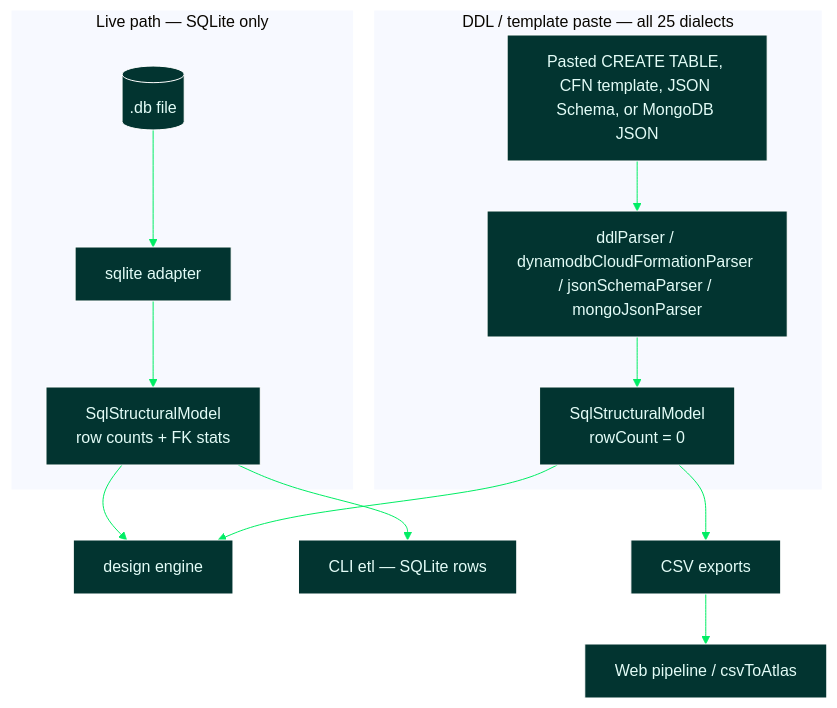
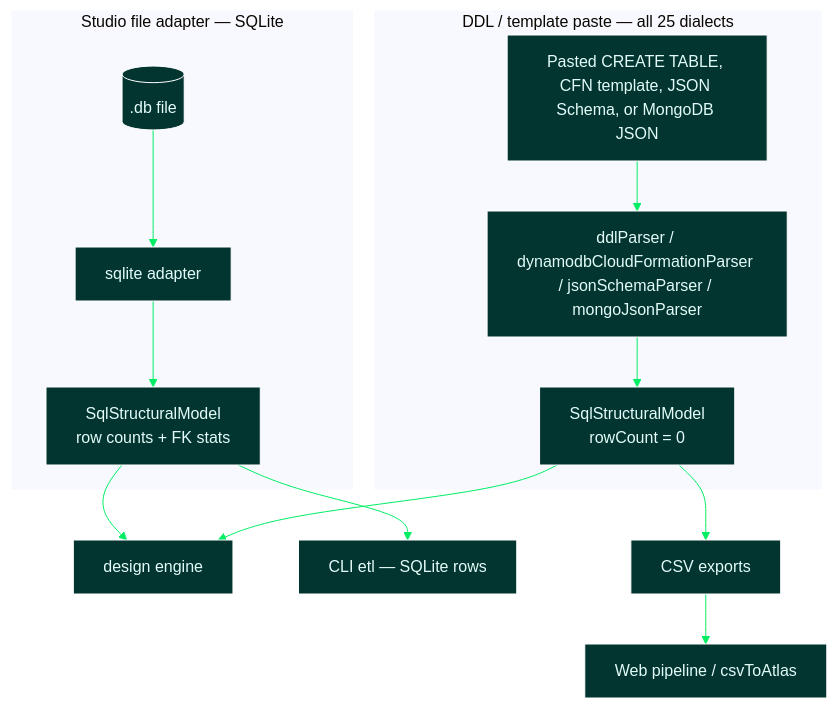
The diagram in docs/18-sql-dialects.md (7erry/hvyMETL), drawn with Mermaid before and after one commit. The commit also changed other lines of this file and 32 other files, not shown here.

First line of the commit message:
Ship 11.1.0: Oracle live agent and ER type colors.

````diff
--- a/docs/18-sql-dialects.md
+++ b/docs/18-sql-dialects.md
@@ -61,17 +62,17 @@
 ```mermaid
 %%{init:{"theme":"base","themeVariables":{"darkMode":true,"background":"#001E2B","mainBkg":"#023430","primaryTextColor":"#E3FCF7","lineColor":"#00ED64","textColor":"#E3FCF7"}}}%%
 flowchart TB
-    subgraph live [Live path — SQLite only]
+    subgraph live [Studio file adapter — SQLite]
         FILE[(.db file)] --> ADAPTER[sqlite adapter]
         ADAPTER --> MODEL[SqlStructuralModel<br/>row counts + FK stats]
     end
     subgraph ddl [DDL / template paste — all 25 dialects]
         PASTE[Pasted CREATE TABLE, CFN template, JSON Schema, or MongoDB JSON] --> PARSER[ddlParser / dynamodbCloudFormationParser / jsonSchemaParser / mongoJsonParser]
         PARSER --> MODEL2[SqlStructuralModel<br/>rowCount = 0]
     end
     MODEL --> DESIGN[design engine]
     MODEL2 --> DESIGN
     MODEL --> ETL_CLI[CLI etl — SQLite rows]
     MODEL2 --> CSV[CSV exports]
     CSV --> PIPELINE[Web pipeline / csvToAtlas]
 ```
````
